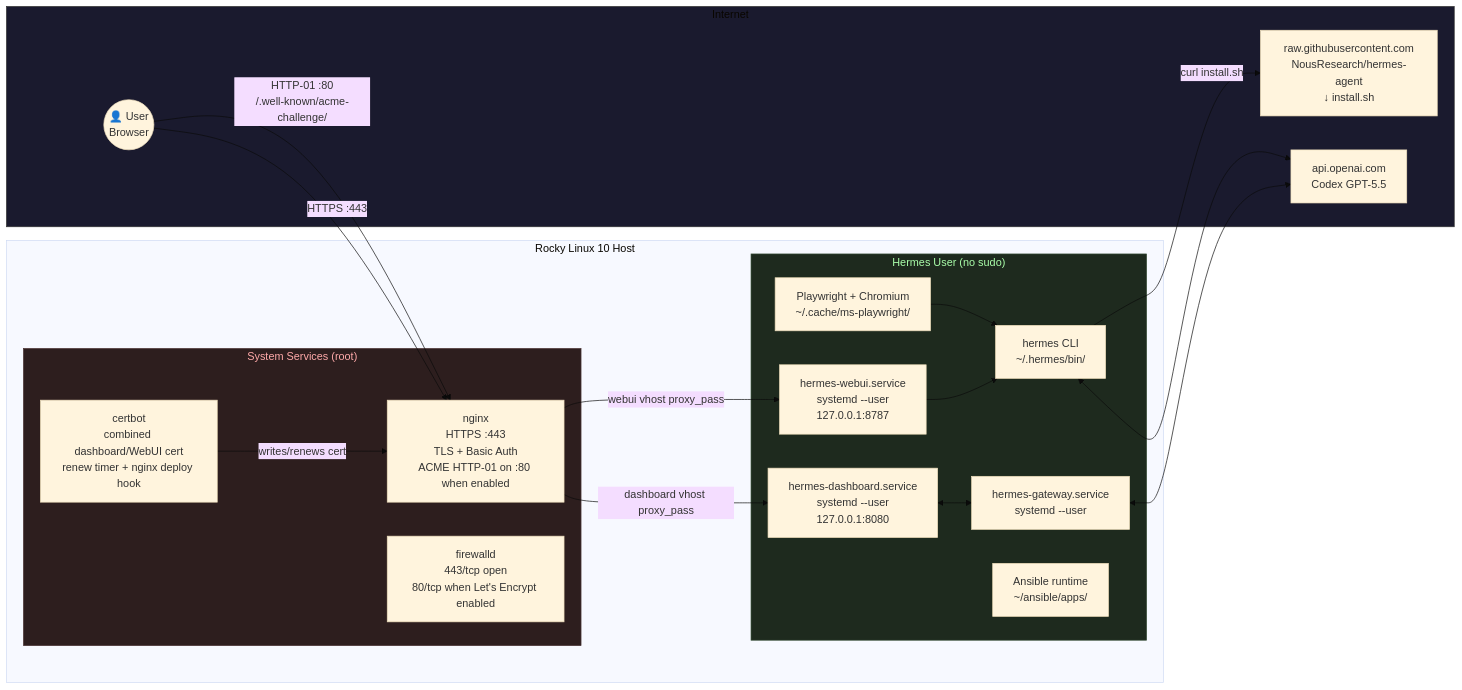
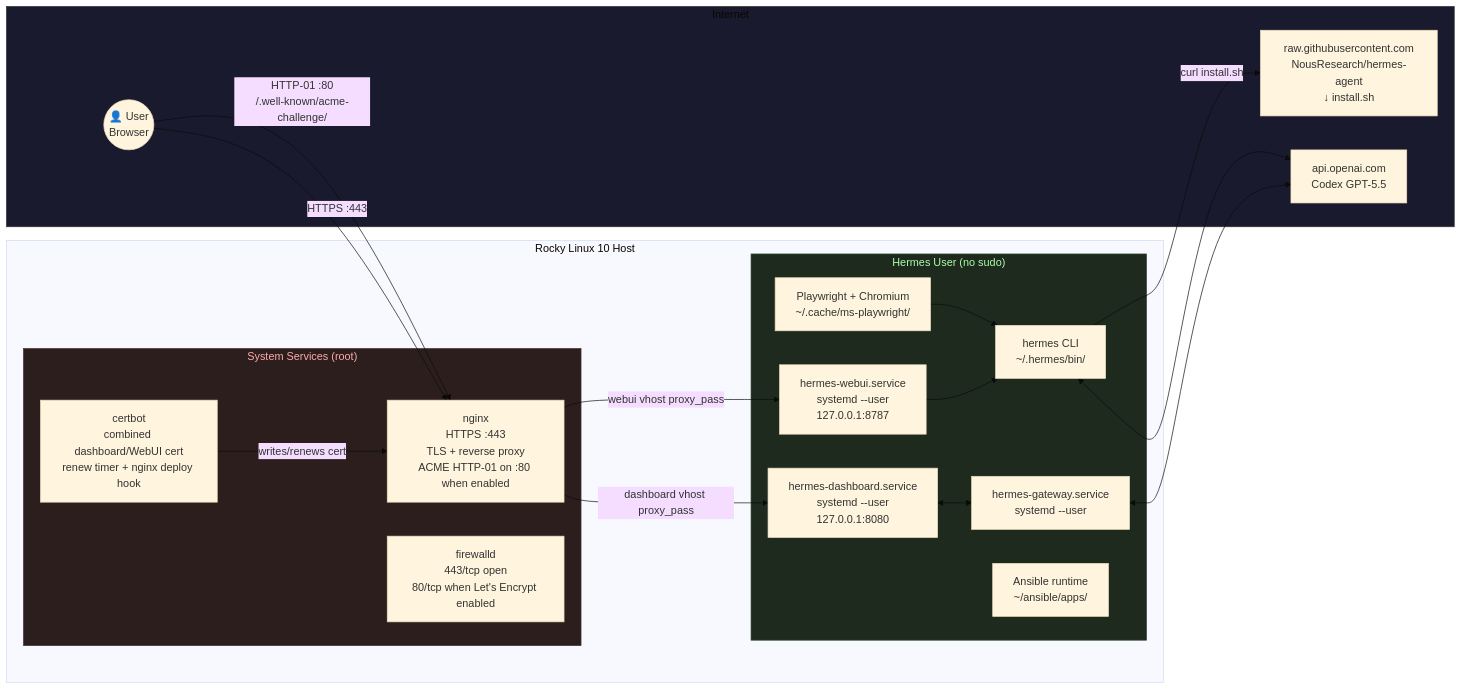
The second of 2 diagrams in docs/install-flowchart.md (joe-speedboat/ansible.hermes_setup), drawn with Mermaid before and after one commit. The commit also changed other lines of this file and 13 other files, not shown here.

````diff
--- a/docs/install-flowchart.md
+++ b/docs/install-flowchart.md
@@ -177,42 +177,42 @@
 ```mermaid
 %%{init: {'theme': 'base'}}%%
 flowchart LR
     subgraph EXTERNAL["Internet"]
         USER((👤 User\nBrowser))
         HERMES_INST["raw.githubusercontent.com\nNousResearch/hermes-agent\n↓ install.sh"]
         CODEX["api.openai.com\nCodex GPT-5.5"]
     end
 
     subgraph HOST["Rocky Linux 10 Host"]
         subgraph SYSTEM["System Services (root)"]
-            NGINX["nginx\nHTTPS :443\nTLS + Basic Auth\nACME HTTP-01 on :80 when enabled"]
+            NGINX["nginx\nHTTPS :443\nTLS + reverse proxy\nACME HTTP-01 on :80 when enabled"]
             CERTBOT["certbot\ncombined dashboard/WebUI cert\nrenew timer + nginx deploy hook"]
             FIREWALL["firewalld\n443/tcp open\n80/tcp when Let's Encrypt enabled"]
         end
 
         subgraph HERMES_USER["Hermes User (no sudo)"]
             GW["hermes-gateway.service\nsystemd --user"]
             DASH["hermes-dashboard.service\nsystemd --user\n127.0.0.1:8080"]
             WEBUI["hermes-webui.service\nsystemd --user\n127.0.0.1:8787"]
             CLI["hermes CLI\n~/.hermes/bin/"]
             ANSIBLE["Ansible runtime\n~/ansible/apps/"]
             PW["Playwright + Chromium\n~/.cache/ms-playwright/"]
         end
     end
 
     USER -->|"HTTPS :443"| NGINX
     USER -->|"HTTP-01 :80\n/.well-known/acme-challenge/"| NGINX
     CERTBOT -->|"writes/renews cert"| NGINX
     NGINX -->|"dashboard vhost proxy_pass"| DASH
     NGINX -->|"webui vhost proxy_pass"| WEBUI
     DASH <--> GW
     WEBUI --> CLI
     GW <--> CODEX
     CLI -->|"curl install.sh"| HERMES_INST
     CLI <--> CODEX
     PW --> CLI
 
     style EXTERNAL fill:#1a1a2e,stroke:#333
     style SYSTEM fill:#2d1e1e,stroke:#4a3333,color:#ffaaaa
     style HERMES_USER fill:#1e2a1e,stroke:#334a33,color:#aaffaa
 ```
````
